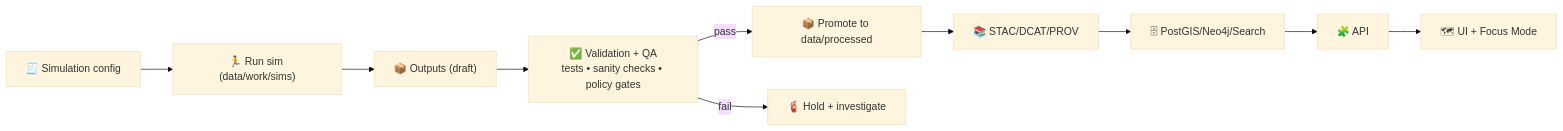
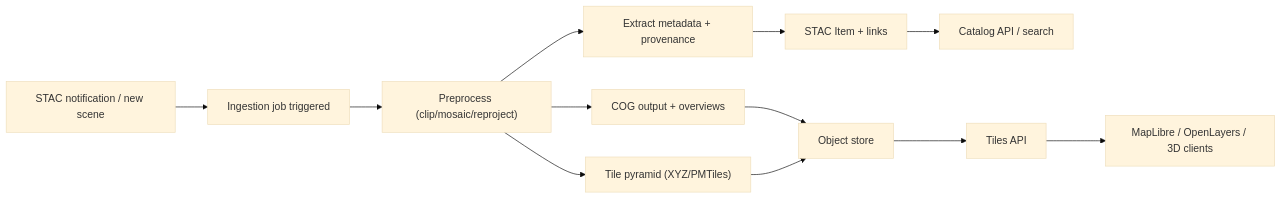
The third of 3 diagrams in docs/architecture/diagrams/README.md (bartytime4life/Kansas-Frontier-Matrix), drawn with Mermaid (base theme) before and after one commit. The commit also changed other lines of this file, not shown here.

````diff
--- a/docs/architecture/diagrams/README.md
+++ b/docs/architecture/diagrams/README.md
@@ -645,12 +204,15 @@
 ```mermaid
 flowchart LR
-  CFG["🧾 Simulation config"] --> RUN["🏃 Run sim (data/work/sims)"]
-  RUN --> OUT["📦 Outputs (draft)"]
-  OUT --> QA["✅ Validation + QA<br/>tests • sanity checks • policy gates"]
-  QA -->|pass| PROMOTE["📦 Promote to data/processed"]
-  QA -->|fail| HOLD["🧯 Hold + investigate"]
-  PROMOTE --> CATALOG["📚 STAC/DCAT/PROV"]
-  CATALOG --> STORES["🗄 PostGIS/Neo4j/Search"]
-  STORES --> API["🧩 API"]
-  API --> UI["🗺 UI + Focus Mode"]
+  N["STAC notification / new scene"] --> J["Ingestion job triggered"]
+  J --> P["Preprocess (clip/mosaic/reproject)"]
+  P --> COG["COG output + overviews"]
+  P --> TILES["Tile pyramid (XYZ/PMTiles)"]
+  P --> META["Extract metadata + provenance"]
+
+  COG --> STORE["Object store"]
+  TILES --> STORE
+  META --> CATALOG["STAC Item + links"]
+  CATALOG --> API["Catalog API / search"]
+  STORE --> TILEAPI["Tiles API"]
+  TILEAPI --> CLIENTS["MapLibre / OpenLayers / 3D clients"]
 ```
````
